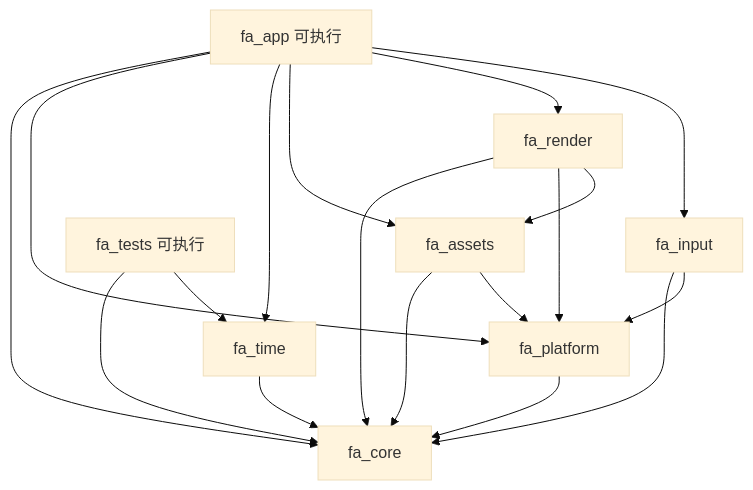
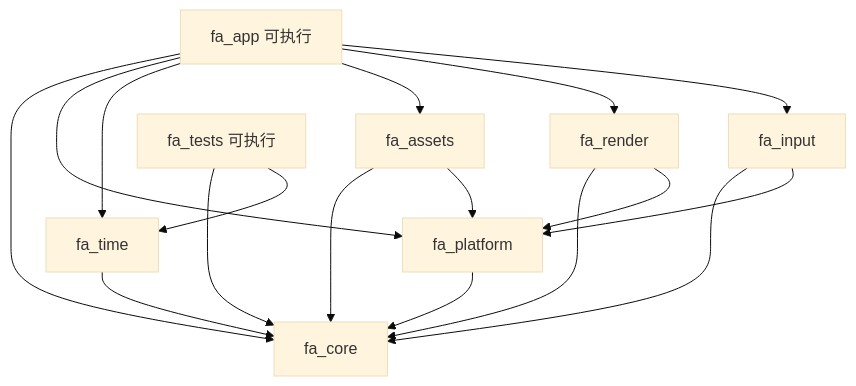
Before and after one commit to Narciostyx/Florian-s-Adventure: the diagram in docs/build/m00-skeleton.md, drawn with Mermaid (base theme). The commit also changed other lines of this file and 10 other files, not shown here.

````diff
--- a/docs/build/m00-skeleton.md
+++ b/docs/build/m00-skeleton.md
@@ -36,20 +36,19 @@
 ```mermaid
 graph TD
   app[fa_app 可执行] --> core[fa_core]
   app --> platform[fa_platform]
   app --> time[fa_time]
   app --> assets[fa_assets]
   app --> render[fa_render]
   app --> input[fa_input]
   platform --> core
   time --> core
   assets --> core
   assets --> platform
   render --> core
   render --> platform
-  render --> assets
   input --> core
   input --> platform
   tests[fa_tests 可执行] --> core
   tests --> time
 ```
````
